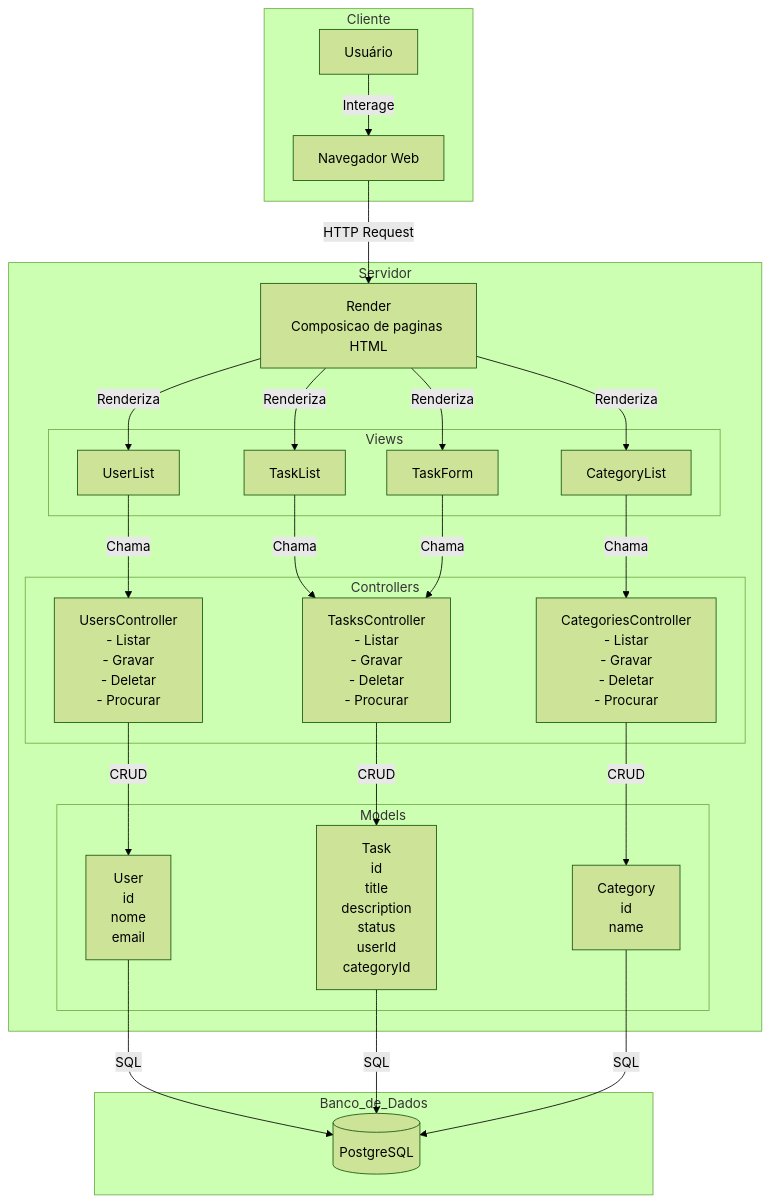
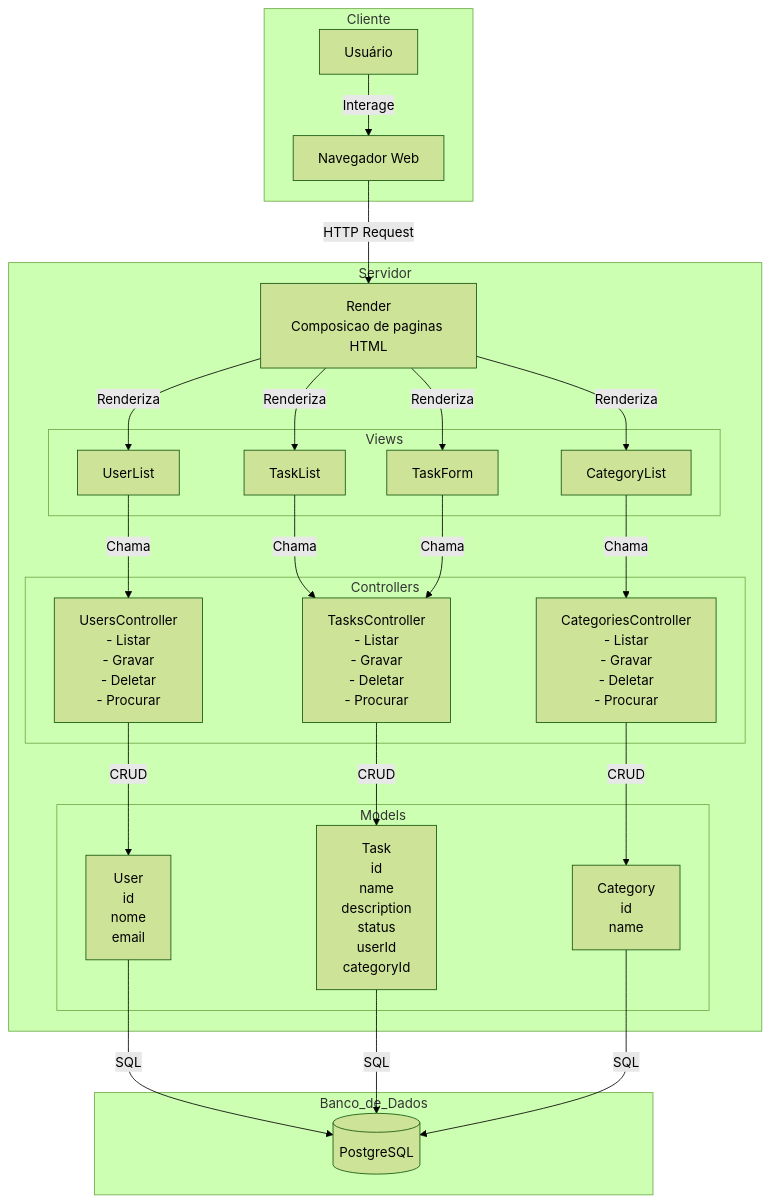
The diagram in documents/architecture.md (B0czar/PM2-YuriBoczar), drawn with Mermaid (forest theme) before and after one commit. The commit also changed 3 other files, not shown here.

Commit message:
docs: update README, architecture.md, and wad.md for improved clarity and structure;

````diff
--- a/documents/architecture.md
+++ b/documents/architecture.md
@@ -3,64 +3,64 @@
 ```mermaid
 flowchart TB
     %% Cliente
     subgraph Cliente
         user[Usuário]
         browser[Navegador Web]
         user -- Interage --> browser
     end
 
     %% Servidor
     subgraph Servidor
         render[Render<br>Composicao de paginas HTML]
 
         %% Views
         subgraph Views
             viewTaskList[TaskList]
             viewTaskForm[TaskForm]
             viewUserList[UserList]
             viewCategoryList[CategoryList]
         end
 
         %% Controllers
         subgraph Controllers
             ctrlUsers[UsersController<br>- Listar<br>- Gravar<br>- Deletar<br>- Procurar]
             ctrlTasks[TasksController<br>- Listar<br>- Gravar<br>- Deletar<br>- Procurar]
             ctrlCategories[CategoriesController<br>- Listar<br>- Gravar<br>- Deletar<br>- Procurar]
         end
 
         %% Models
         subgraph Models
             modelUser[User<br>id<br>nome<br>email]
-            modelTask[Task<br>id<br>title<br>description<br>status<br>userId<br>categoryId]
+            modelTask[Task<br>id<br>name<br>description<br>status<br>userId<br>categoryId]
             modelCategory[Category<br>id<br>name]
         end
     end
 
     %% Banco de Dados
     subgraph Banco_de_Dados
         db[(PostgreSQL)]
     end
 
     %% Fluxo Cliente -> Servidor
     browser -- HTTP Request --> render
     render -- Renderiza --> viewTaskList
     render -- Renderiza --> viewTaskForm
     render -- Renderiza --> viewUserList
     render -- Renderiza --> viewCategoryList
 
     %% Views -> Controllers
     viewTaskList -- Chama --> ctrlTasks
     viewTaskForm -- Chama --> ctrlTasks
     viewUserList -- Chama --> ctrlUsers
     viewCategoryList -- Chama --> ctrlCategories
 
     %% Controllers -> Models
     ctrlUsers -- CRUD --> modelUser
     ctrlTasks -- CRUD --> modelTask
     ctrlCategories -- CRUD --> modelCategory
 
     %% Models -> Banco de Dados
     modelUser -- SQL --> db
     modelTask -- SQL --> db
     modelCategory -- SQL --> db
 ```
````
